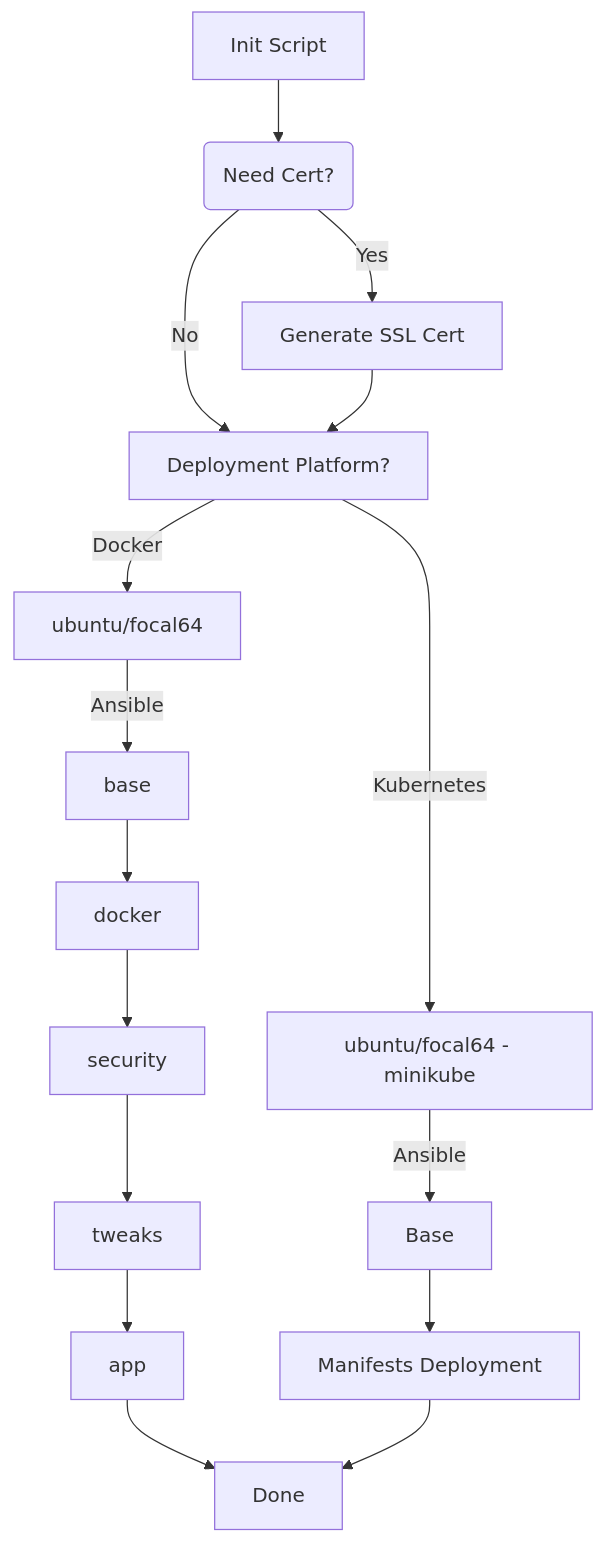
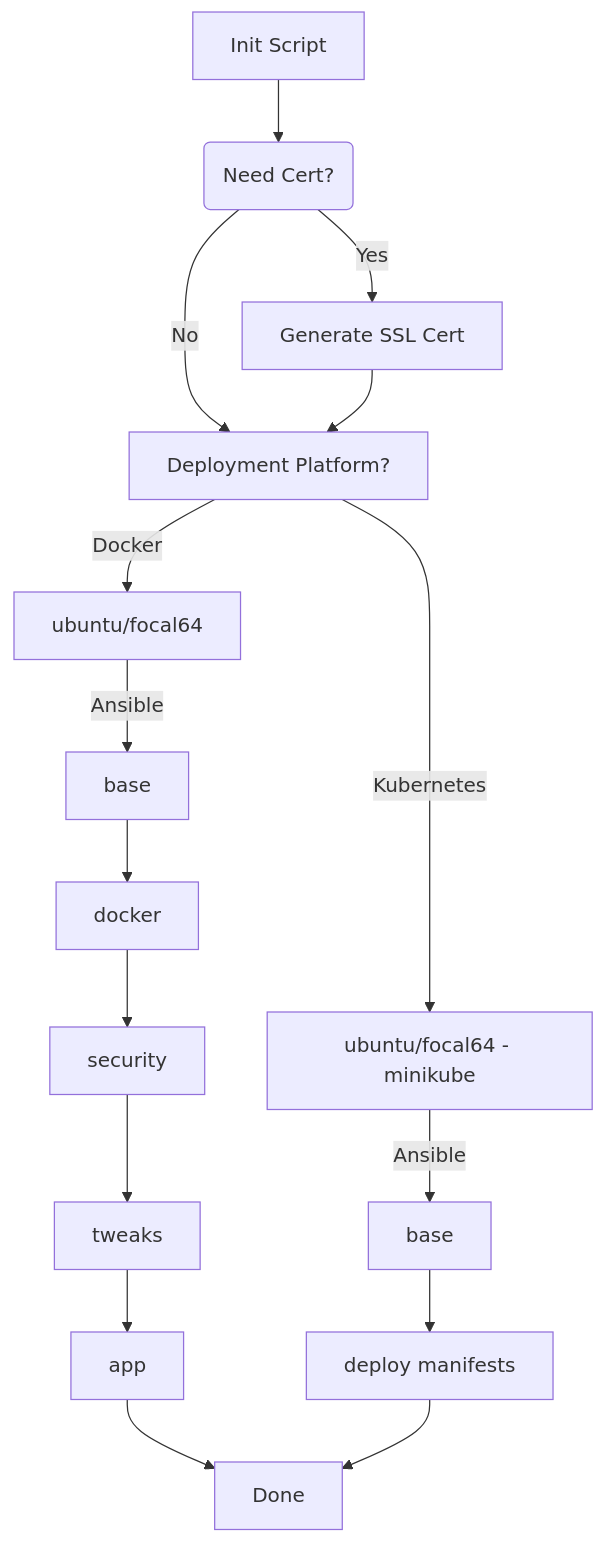
One commit to majordwarf/poc-go-deploy changed the diagram in README.md. Above: the diagram before and after it, drawn with Mermaid.

Commit message:
fix: typo in readme.md

````diff
--- a/README.md
+++ b/README.md
@@ -67,18 +67,18 @@
 ```mermaid
 flowchart TD
   A[Init Script] --> B(Need Cert?);
   B -- Yes --> C[Generate SSL Cert];
   B -- No --> D[Deployment Platform?];
   C --> D;
   D -- Docker --> E[ubuntu/focal64];
   D -- Kubernetes --> K[ubuntu/focal64 - minikube];
   E -- Ansible --> F[base];
   F --> G[docker];
   G --> H[security];
   H --> I[tweaks];
   I --> J[app]
   J --> Z[Done]
-  K -- Ansible --> L[Base];
-  L --> M[Manifests Deployment];
+  K -- Ansible --> L[base];
+  L --> M[deploy manifests];
   M --> Z
 ```
````
